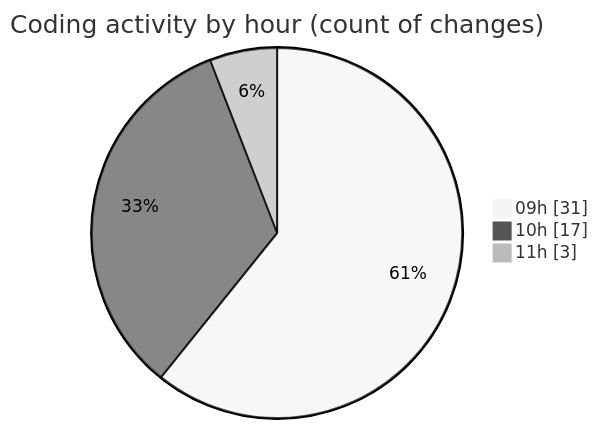
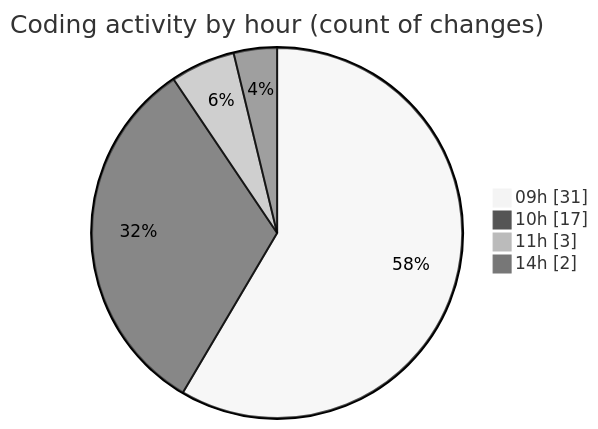
One commit to robertbonfada/code-tracking changed the second of 2 diagrams in 2025-03-05/termonied_testador/README.md. Above: the diagram before and after it, drawn with Mermaid (neutral theme). The commit also changed other lines of this file and 2 other files, not shown here.

````diff
--- a/2025-03-05/termonied_testador/README.md
+++ b/2025-03-05/termonied_testador/README.md
@@ -37,7 +38,8 @@
 ```mermaid
 pie showData
 title Coding activity by hour (count of changes)
 "09h" : 31
 "10h" : 17
 "11h" : 3
+"14h" : 2
 ```
````
